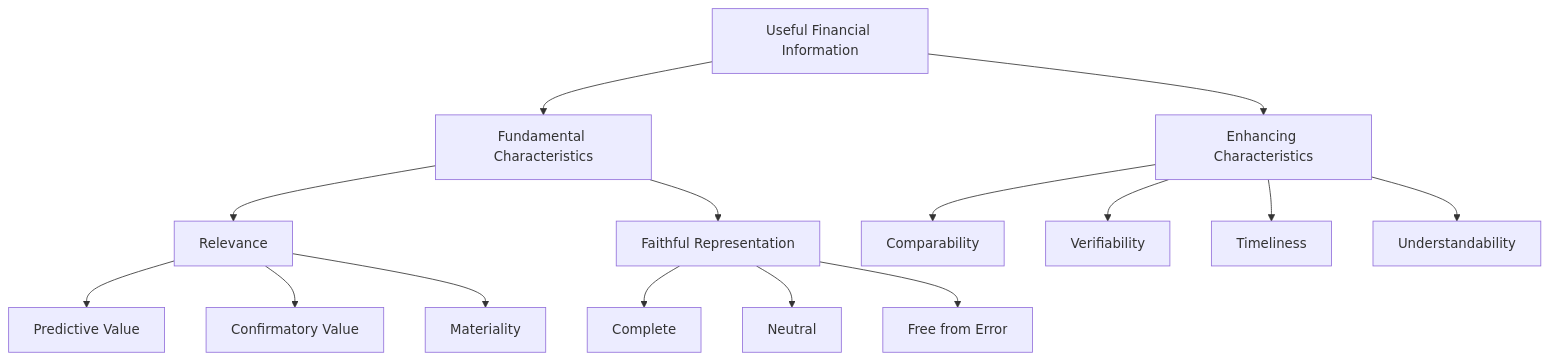
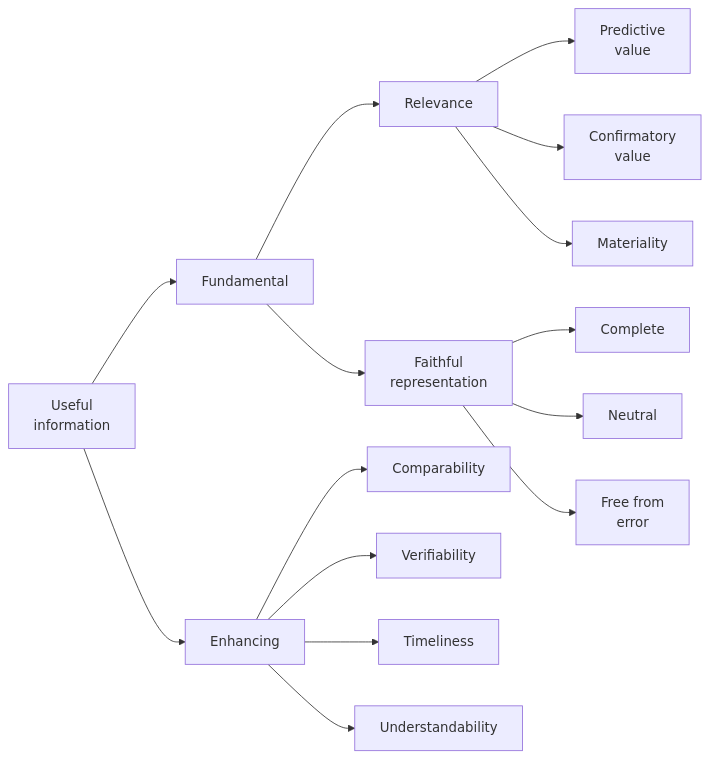
One commit to subwaymatch/cpabear-book changed the diagram in docs/far/introduction-and-conceptual-framework/conceptual-framework.md. Above: the diagram before and after it, drawn with Mermaid. The commit also changed other lines of this file and 204 other files, not shown here.

First line of the commit message:
Update the book for the 2027 CPA Exam Blueprints, fix dark-mode diagrams, add diagram zoom (#49)

````diff
--- a/docs/far/introduction-and-conceptual-framework/conceptual-framework.md
+++ b/docs/far/introduction-and-conceptual-framework/conceptual-framework.md
@@ -104,17 +39,17 @@
 ```mermaid
-graph TD
-    A["Useful Financial Information"] --> B["Fundamental Characteristics"]
-    A --> C["Enhancing Characteristics"]
+graph LR
+    A["Useful<br/>information"] --> B["Fundamental"]
+    A --> C["Enhancing"]
     B --> D["Relevance"]
-    B --> E["Faithful Representation"]
-    D --> D1["Predictive Value"]
-    D --> D2["Confirmatory Value"]
+    B --> E["Faithful<br/>representation"]
+    D --> D1["Predictive<br/>value"]
+    D --> D2["Confirmatory<br/>value"]
     D --> D3["Materiality"]
     E --> E1["Complete"]
     E --> E2["Neutral"]
-    E --> E3["Free from Error"]
+    E --> E3["Free from<br/>error"]
     C --> F["Comparability"]
     C --> G["Verifiability"]
     C --> H["Timeliness"]
     C --> I["Understandability"]
 ```
````
